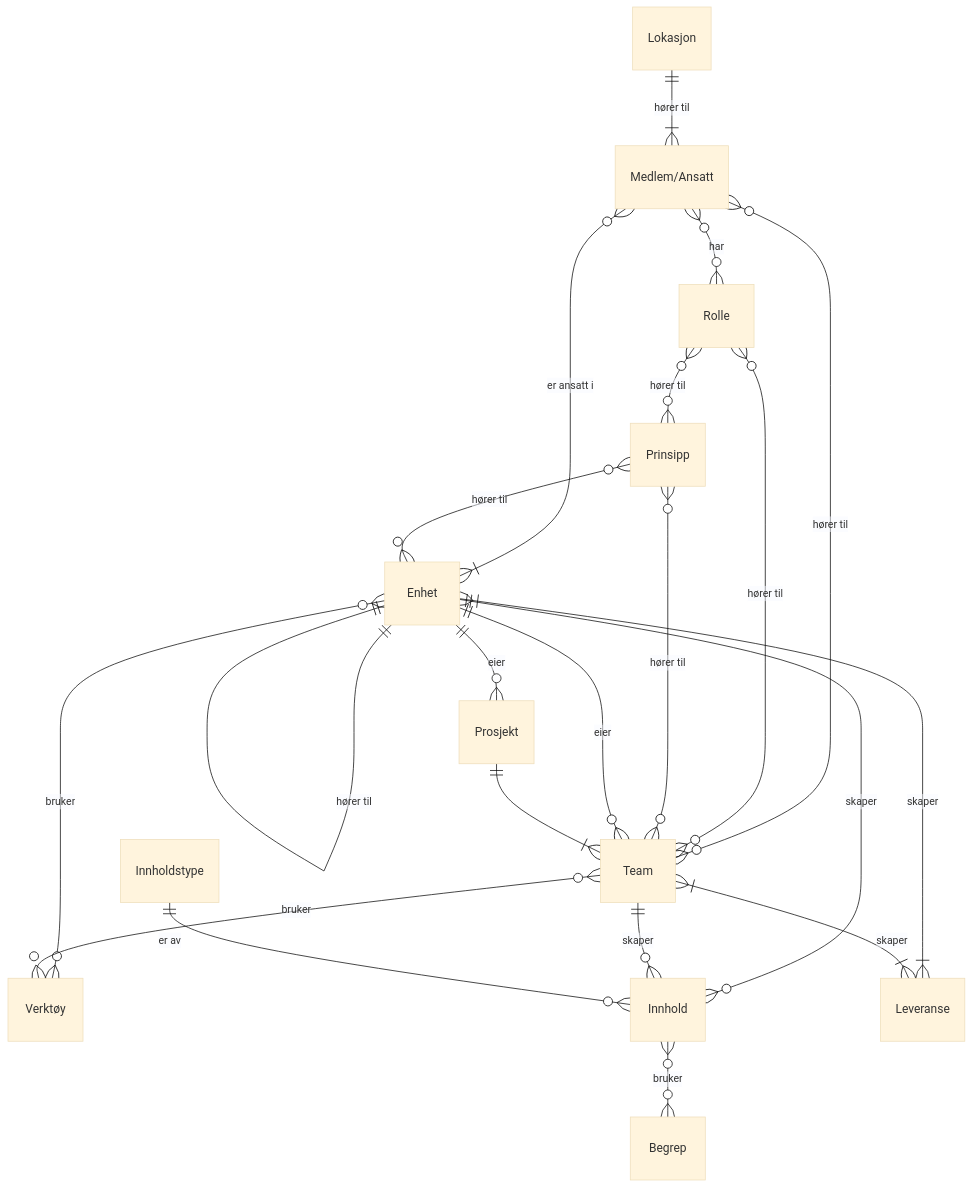
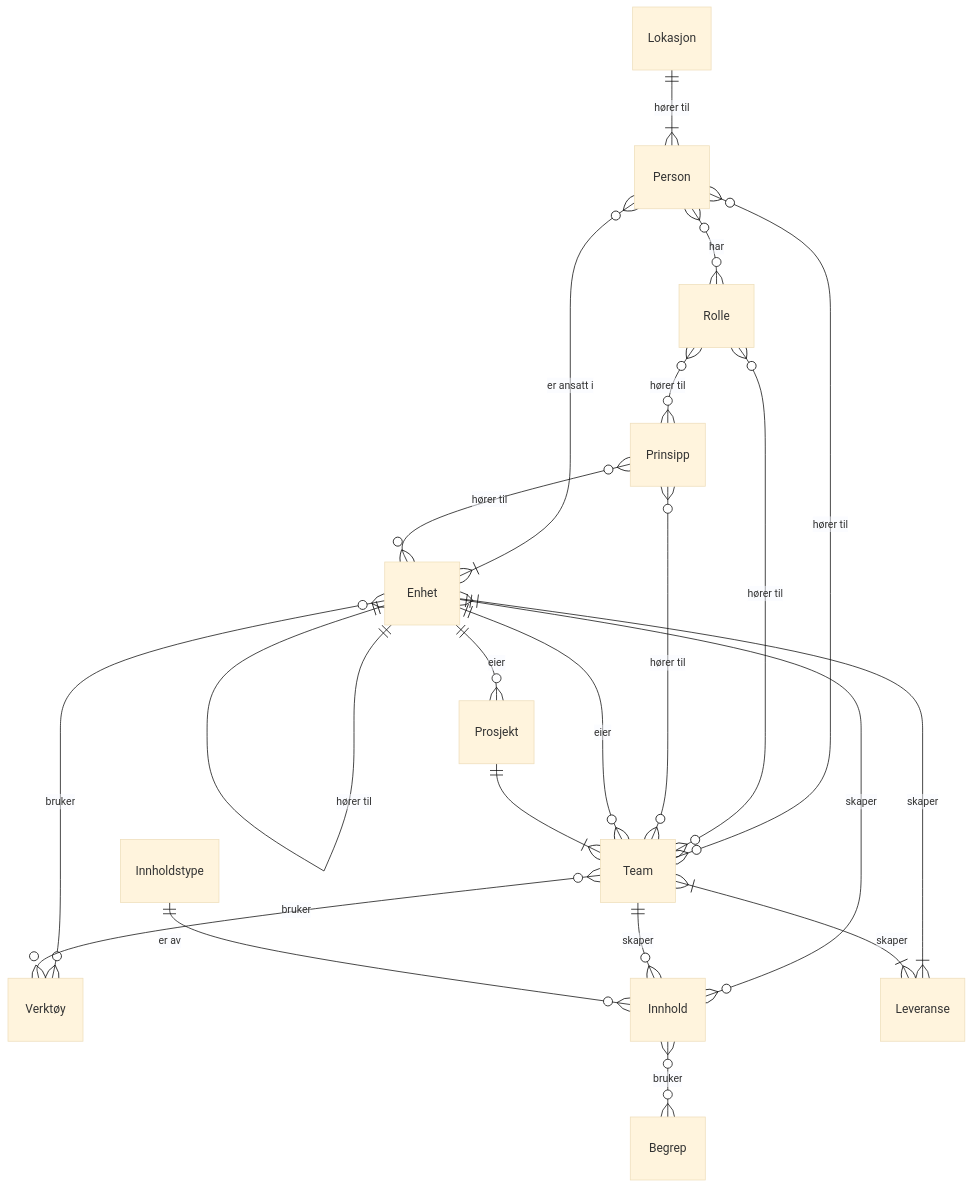
One commit to digdir/saman changed the diagram in docs/specification/kravspesifikasjon.md. Above: the diagram before and after it, drawn with Mermaid (base theme). The commit also changed other lines of this file and 9 other files, not shown here.

````diff
--- a/docs/specification/kravspesifikasjon.md
+++ b/docs/specification/kravspesifikasjon.md
@@ -490,26 +490,25 @@
 ```mermaid
 erDiagram
-    Medlem["Medlem/Ansatt"]
     Verktoy["Verktøy"]
 
     Enhet ||--|| Enhet : "hører til"
-    Lokasjon ||--|{ Medlem : "hører til"
-    Medlem }o--|{ Enhet : "er ansatt i"
-    Medlem }o--o{ Team : "hører til"
-    Medlem }o--o{ Rolle : "har"
+    Lokasjon ||--|{ Person : "hører til"
+    Person }o--|{ Enhet : "er ansatt i"
+    Person }o--o{ Team : "hører til"
+    Person }o--o{ Rolle : "har"
     Rolle }o--o{ Team : "hører til"
     Rolle }o--o{ Prinsipp : "hører til"
     Prinsipp }o--o{ Enhet : "hører til"
     Prinsipp }o--o{ Team : "hører til"
     Enhet ||--o{ Prosjekt : "eier"
     Enhet ||--o{ Team : "eier"
     Prosjekt ||--|{ Team : ""
     Enhet ||--o{ Innhold : "skaper"
     Team ||--o{ Innhold : "skaper"
     Innhold }o--o{ Begrep : "bruker"
     Innholdstype ||--o{ Innhold : "er av"
     Enhet }|--|{ Leveranse : "skaper"
     Team }|--|{ Leveranse : "skaper"
     Enhet }o--o{ Verktoy : "bruker"
     Team }o--o{ Verktoy : "bruker"
 ```
````
